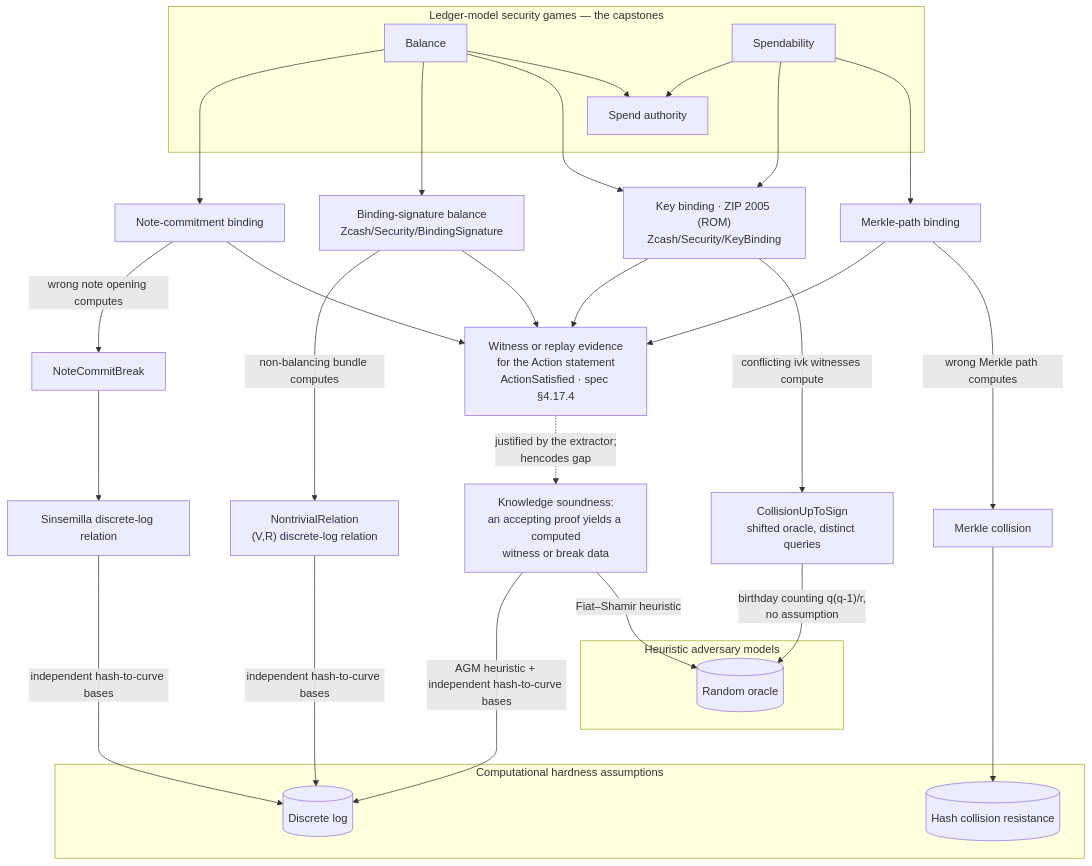
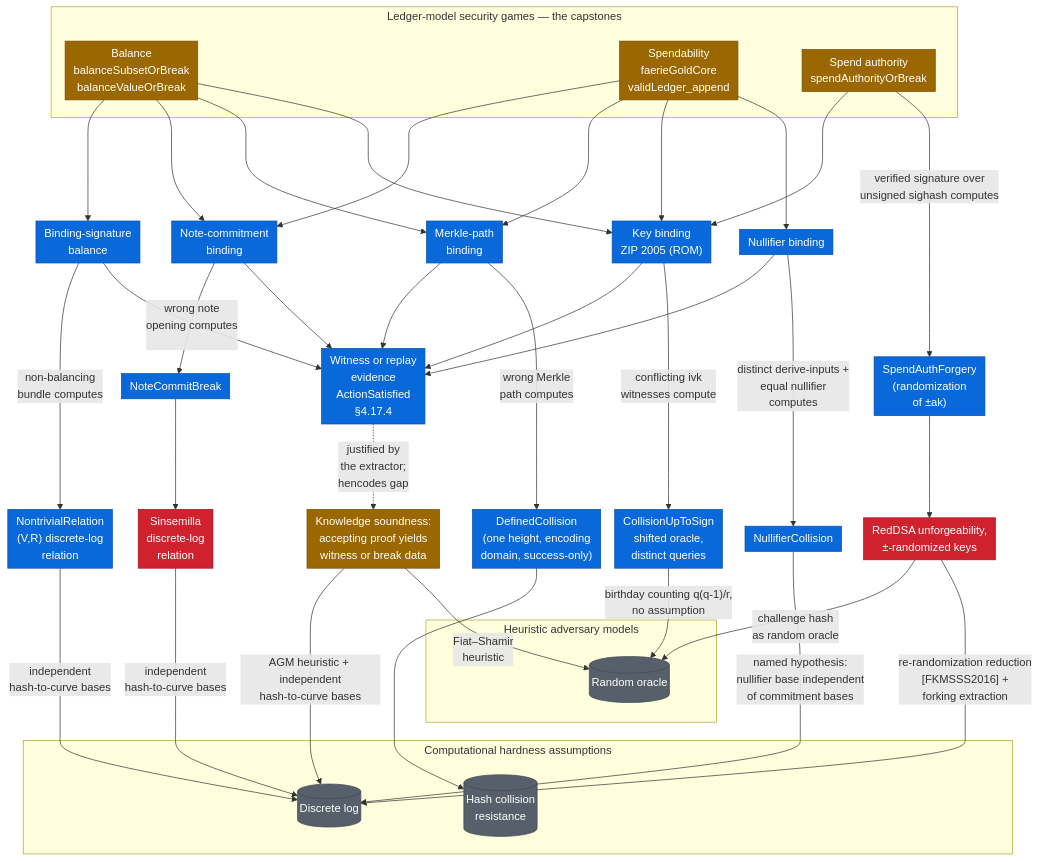
The diagram in book/src/formal-verification/security-definitions.md (daira/ironwood), drawn with Mermaid before and after one commit. The commit also changed other lines of this file, not shown here.

Commit message:
book: update the security-definitions map for the landed games layer
- Ground the capstone nodes in their Lean names; add the Balance →
  Merkle-path edge and the Spendability → note-commitment edge.
- Add the nullifier-binding component with its `NullifierCollision`
  break data, resting on a named discrete-log hypothesis.
- Add the Spend Authority chain: the key-binding edge and the
  `SpendAuthForgery` object. Its unforgeability hypothesis (RedDSA,
  ±-randomized keys) is drawn as a named hypothesis with its intended
  discharge — the re-randomization reduction of [FKMSSS2016] section 3
  plus forking extraction — rather than as a terminal assumption.
- Drop the inter-capstone edges: the games are proven independently.
- Colour-code nodes by formalization status, with a key; order edges to
  reduce line crossings; tighten spacing and labels so the text renders
  larger.

````diff
--- a/book/src/formal-verification/security-definitions.md
+++ b/book/src/formal-verification/security-definitions.md
@@ -30,46 +30,64 @@
 ```mermaid
+%%{init: {"flowchart": {"nodeSpacing": 20, "rankSpacing": 50, "padding": 6, "diagramPadding": 4, "subGraphTitleMargin": {"top": 2, "bottom": 22}}, "themeCSS": ".cluster-label { font-weight: 700; font-size: 1.1em; }"}}%%
 flowchart TD
   subgraph GAMES["Ledger-model security games — the capstones"]
-    BAL["Balance"]
-    SPEND["Spendability"]
-    SPENDAUTH["Spend authority"]
+    BAL["Balance<br/>balanceSubsetOrBreak<br/>balanceValueOrBreak"]
+    SPEND["Spendability<br/>faerieGoldCore<br/>validLedger_append"]
+    SPENDAUTH["Spend authority<br/>spendAuthorityOrBreak"]
   end
 
-  SPEND --> SPENDAUTH
-
-  BAL ---> NCB["Note-commitment binding"]
-  BAL ---> BS["Binding-signature balance<br/>Zcash/Security/BindingSignature"]
-  BAL ---> KB["Key binding · ZIP 2005 (ROM)<br/>Zcash/Security/KeyBinding"]
+  BAL ---> BS["Binding-signature<br/>balance"]
+  BAL ---> NCB["Note-commitment<br/>binding"]
+  BAL ---> MERK["Merkle-path<br/>binding"]
+  BAL ---> KB["Key binding<br/>ZIP 2005 (ROM)"]
+  SPEND ---> NCB
+  SPEND ---> MERK
   SPEND ---> KB
-  SPEND ---> MERK["Merkle-path binding"]
-
-  BAL --> SPENDAUTH
+  SPEND ---> NFB["Nullifier binding"]
+  SPENDAUTH ---> KB
 
   subgraph ASSUMPTIONS["Computational hardness assumptions"]
     DL[("Discrete log")]
-    CR[("Hash collision resistance")]
+    CR[("Hash collision<br/>resistance")]
   end
 
   subgraph MODELS["Heuristic adversary models"]
     ROM[("Random oracle")]
   end
 
-  BS --->|non-balancing bundle computes| NDLR["NontrivialRelation<br/>(V,R) discrete-log relation"]
-  BS --> STMT["Witness or replay evidence<br/>for the Action statement<br/>ActionSatisfied · spec §4.17.4"]
-  KB --> STMT
-  KB --->|conflicting ivk witnesses compute| CUS["CollisionUpToSign<br/>shifted oracle, distinct queries"]
-  NCB -->|wrong note opening computes| NCBK["NoteCommitBreak"]
+  BS --->|non-balancing<br/>bundle computes| NDLR["NontrivialRelation<br/>(V,R) discrete-log<br/>relation"]
+  BS --> STMT["Witness or replay<br/>evidence<br/>ActionSatisfied<br/>§4.17.4"]
+  NCB -->|wrong note<br/>opening computes<br/><br/>| NCBK["NoteCommitBreak"]
   NCB --> STMT
   MERK --> STMT
-  MERK --->|wrong Merkle path computes| MC["Merkle collision"]
+  MERK --->|wrong Merkle<br/>path computes| MC["DefinedCollision<br/>(one height, encoding<br/>domain, success-only)"]
+  KB --> STMT
+  KB --->|conflicting ivk<br/>witnesses compute| CUS["CollisionUpToSign<br/>shifted oracle,<br/>distinct queries"]
+  NFB --> STMT
+  NFB --->|"distinct derive-inputs +<br/>equal nullifier<br/>computes"| NFC["NullifierCollision"]
+  SPENDAUTH ---->|"verified signature over<br/>unsigned sighash computes"| SAF["SpendAuthForgery<br/>(randomization<br/>of ±ak)"]
 
-  STMT -. "justified by the extractor;<br/>hencodes gap" .-> KS["Knowledge soundness:<br/>an accepting proof yields a computed<br/>witness or break data"]
-  NCBK --> SDLR["Sinsemilla discrete-log relation"]
+  STMT -. "justified by<br/>the extractor;<br/>hencodes gap" .-> KS["Knowledge soundness:<br/>accepting proof yields<br/>witness or break data"]
+  NCBK --> SDLR["Sinsemilla<br/>discrete-log<br/>relation"]
 
-  KS --->|AGM heuristic + independent hash-to-curve bases| DL
-  KS -->|"Fiat–Shamir heuristic"| ROM
+  NDLR --->|"independent<br/>hash-to-curve bases"| DL
+  SDLR --->|"independent<br/>hash-to-curve bases"| DL
+  KS --->|AGM heuristic + independent<br/>hash-to-curve bases| DL
+  KS -->|"Fiat–Shamir<br/>heuristic"| ROM
+  MC ---> CR
   CUS -->|"birthday counting q(q-1)/r,<br/>no assumption"| ROM
-  NDLR --->|"independent hash-to-curve bases"| DL
-  SDLR --->|"independent hash-to-curve bases"| DL
-  MC ---> CR
+  NFC --->|"named hypothesis:<br/>nullifier base independent<br/>of commitment bases"| DL
+  SAF --> RDSA["RedDSA unforgeability,<br/>±-randomized keys"]
+  RDSA -->|"challenge hash<br/>as random oracle"| ROM
+  RDSA --->|"re-randomization reduction<br/>[FKMSSS2016] +<br/>forking extraction"| DL
+
+  classDef proven fill:#1a7f37,stroke:#116329,color:#ffffff
+  classDef checked fill:#0969da,stroke:#0550ae,color:#ffffff
+  classDef partial fill:#9a6700,stroke:#7d4e00,color:#ffffff
+  classDef hyp fill:#cf222e,stroke:#a40e26,color:#ffffff
+  classDef assumed fill:#57606a,stroke:#424a53,color:#ffffff
+  class BAL,SPEND,SPENDAUTH,KS partial
+  class NCB,BS,KB,MERK,NFB,STMT,NDLR,CUS,NCBK,MC,NFC,SAF checked
+  class SDLR,RDSA hyp
+  class DL,CR,ROM assumed
 ```
````
